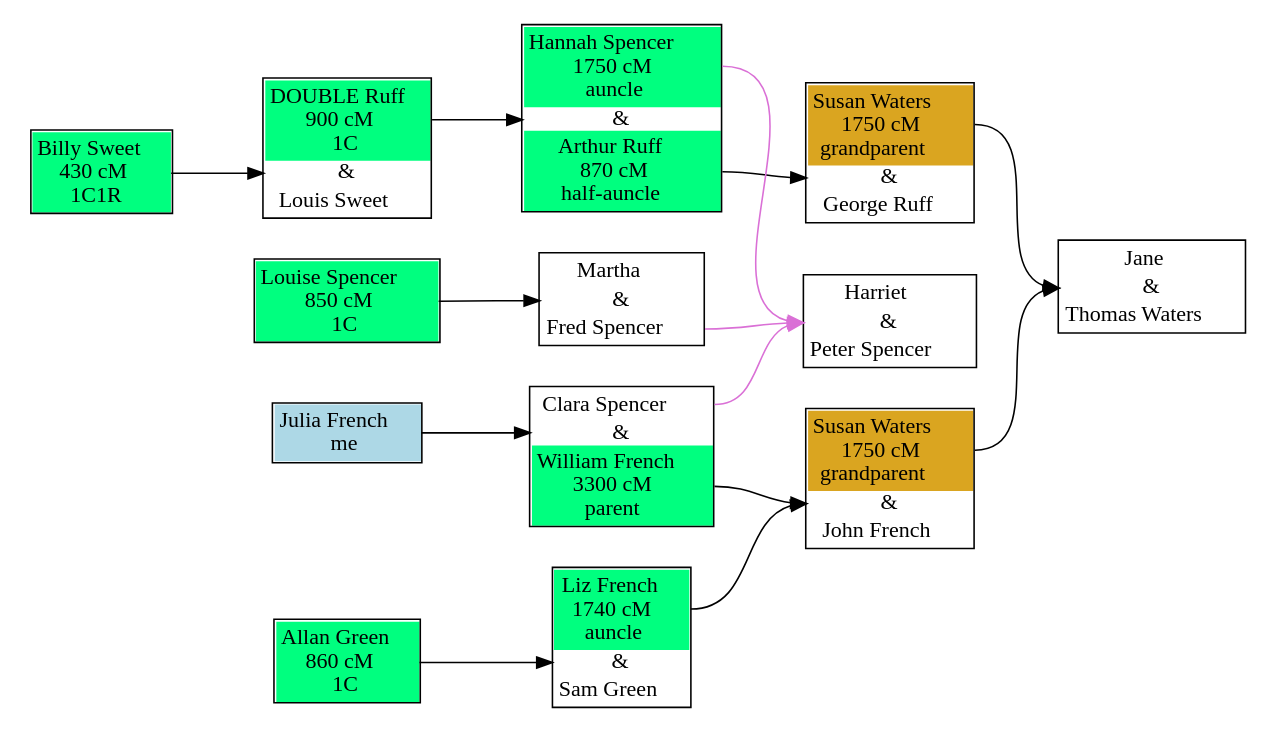
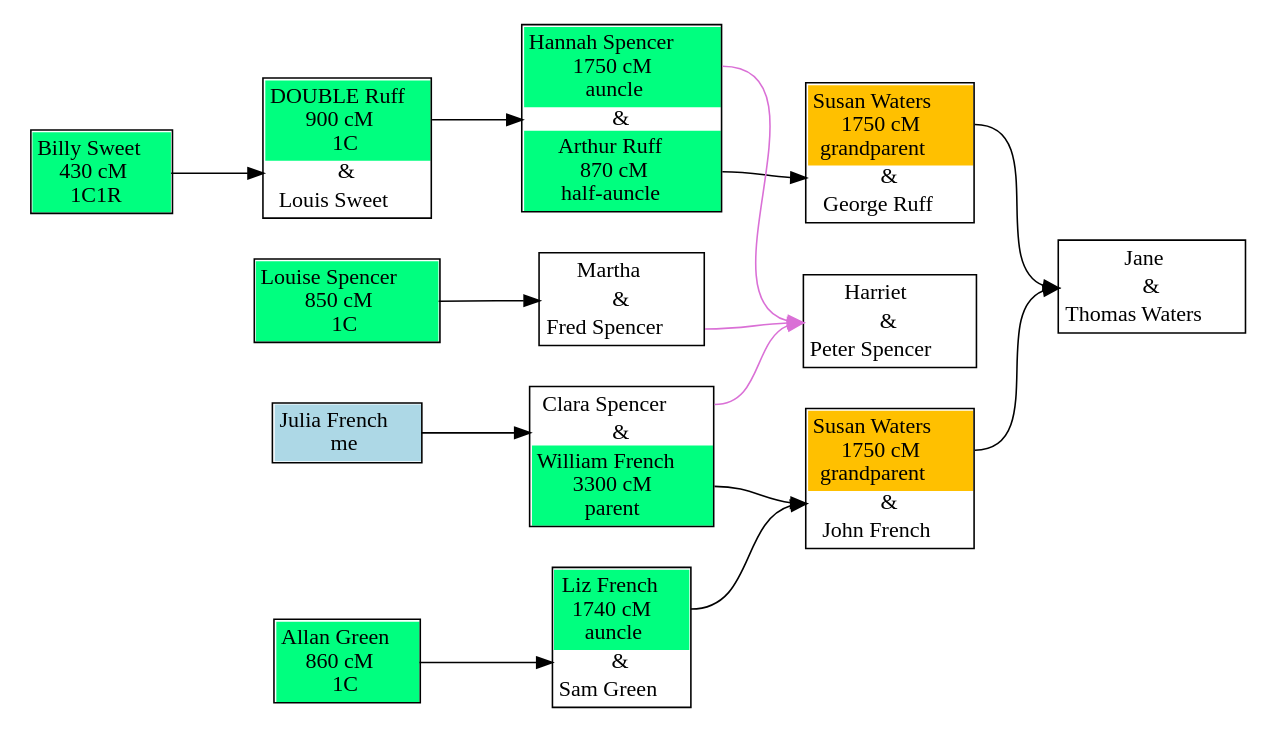
One commit to johnandrea/draw-dna-matches changed the diagram in test-data/double-cousins-plus.dot. Above: the diagram before and after it, drawn with Graphviz. The commit also changed 5 other files, not shown here.

```diff
--- a/test-data/double-cousins-plus.dot
+++ b/test-data/double-cousins-plus.dot
@@ -1,87 +1,87 @@
 digraph family {
 node [shape=plaintext];
 rankdir=LR;
 f2 [label=<
 <table cellpadding="3" border="1" cellspacing="0" cellborder="0">
-<tr><td port="w" bgcolor="goldenrod">Susan Waters<br/>1750 cM<br/>grandparent</td></tr>
+<tr><td port="w" bgcolor="#ffc000">Susan Waters<br/>1750 cM<br/>grandparent</td></tr>
 <tr><td port="u" cellpadding="0" cellspacing="0">&amp;</td></tr>
 <tr><td port="h">John French</td></tr>
 </table>>];
 f3 [label=<
 <table cellpadding="3" border="1" cellspacing="0" cellborder="0">
 <tr><td port="w">Clara Spencer</td></tr>
 <tr><td port="u" cellpadding="0" cellspacing="0">&amp;</td></tr>
 <tr><td port="h" bgcolor="springgreen">William French<br/>3300 cM<br/>parent</td></tr>
 </table>>];
 f4 [label=<
 <table cellpadding="3" border="1" cellspacing="0" cellborder="0">
 <tr><td port="w" bgcolor="springgreen">Liz French<br/>1740 cM<br/>auncle</td></tr>
 <tr><td port="u" cellpadding="0" cellspacing="0">&amp;</td></tr>
 <tr><td port="h">Sam Green</td></tr>
 </table>>];
 f5 [label=<
 <table cellpadding="3" border="1" cellspacing="0" cellborder="0">
-<tr><td port="w" bgcolor="goldenrod">Susan Waters<br/>1750 cM<br/>grandparent</td></tr>
+<tr><td port="w" bgcolor="#ffc000">Susan Waters<br/>1750 cM<br/>grandparent</td></tr>
 <tr><td port="u" cellpadding="0" cellspacing="0">&amp;</td></tr>
 <tr><td port="h">George Ruff</td></tr>
 </table>>];
 f1 [label=<
 <table cellpadding="3" border="1" cellspacing="0" cellborder="0">
 <tr><td port="w">Jane </td></tr>
 <tr><td port="u" cellpadding="0" cellspacing="0">&amp;</td></tr>
 <tr><td port="h">Thomas Waters</td></tr>
 </table>>];
 f6 [label=<
 <table cellpadding="3" border="1" cellspacing="0" cellborder="0">
 <tr><td port="w">Harriet </td></tr>
 <tr><td port="u" cellpadding="0" cellspacing="0">&amp;</td></tr>
 <tr><td port="h">Peter Spencer</td></tr>
 </table>>];
 f7 [label=<
 <table cellpadding="3" border="1" cellspacing="0" cellborder="0">
 <tr><td port="w">Martha </td></tr>
 <tr><td port="u" cellpadding="0" cellspacing="0">&amp;</td></tr>
 <tr><td port="h">Fred Spencer</td></tr>
 </table>>];
 f8 [label=<
 <table cellpadding="3" border="1" cellspacing="0" cellborder="0">
 <tr><td port="w" bgcolor="springgreen">Hannah Spencer<br/>1750 cM<br/>auncle</td></tr>
 <tr><td port="u" cellpadding="0" cellspacing="0">&amp;</td></tr>
 <tr><td port="h" bgcolor="springgreen">Arthur Ruff<br/>870 cM<br/>half-auncle</td></tr>
 </table>>];
 f9 [label=<
 <table cellpadding="3" border="1" cellspacing="0" cellborder="0">
 <tr><td port="w" bgcolor="springgreen">DOUBLE Ruff<br/>900 cM<br/>1C</td></tr>
 <tr><td port="u" cellpadding="0" cellspacing="0">&amp;</td></tr>
 <tr><td port="h">Louis Sweet</td></tr>
 </table>>];
+i10 [label=<
+<table cellpadding="3" border="1" cellspacing="0" cellborder="0">
+<tr><td port="i" bgcolor="springgreen">Allan Green<br/>860 cM<br/>1C</td></tr>
+</table>>];
+i7 [label=<
+<table cellpadding="3" border="1" cellspacing="0" cellborder="0">
+<tr><td port="i" bgcolor="lightblue">Julia French<br/>me</td></tr>
+</table>>];
 i21 [label=<
 <table cellpadding="3" border="1" cellspacing="0" cellborder="0">
 <tr><td port="i" bgcolor="springgreen">Billy Sweet<br/>430 cM<br/>1C1R</td></tr>
-</table>>];
-i10 [label=<
-<table cellpadding="3" border="1" cellspacing="0" cellborder="0">
-<tr><td port="i" bgcolor="springgreen">Allan Green<br/>860 cM<br/>1C</td></tr>
 </table>>];
 i18 [label=<
 <table cellpadding="3" border="1" cellspacing="0" cellborder="0">
 <tr><td port="i" bgcolor="springgreen">Louise Spencer<br/>850 cM<br/>1C</td></tr>
 </table>>];
-i7 [label=<
-<table cellpadding="3" border="1" cellspacing="0" cellborder="0">
-<tr><td port="i" bgcolor="lightblue">Julia French<br/>me</td></tr>
-</table>>];
+f8:w -> f6:u [color=orchid];
+i21:i -> f9:u;
+i7:i -> f3:u;
+i18:i -> f7:u;
+f4:w -> f2:u;
+f5:w -> f1:u;
+f7:h -> f6:u [color=orchid];
+i10:i -> f4:u;
+f2:w -> f1:u;
+f8:h -> f5:u;
+f3:w -> f6:u [color=orchid];
 f9:w -> f8:u;
-f8:w -> f6:u [color=orchid];
-i7:i -> f3:u;
-f8:h -> f5:u;
-f5:w -> f1:u;
-i10:i -> f4:u;
-f3:w -> f6:u [color=orchid];
-f7:h -> f6:u [color=orchid];
 f3:h -> f2:u;
-f2:w -> f1:u;
-f4:w -> f2:u;
-i18:i -> f7:u;
-i21:i -> f9:u;
 }
```
